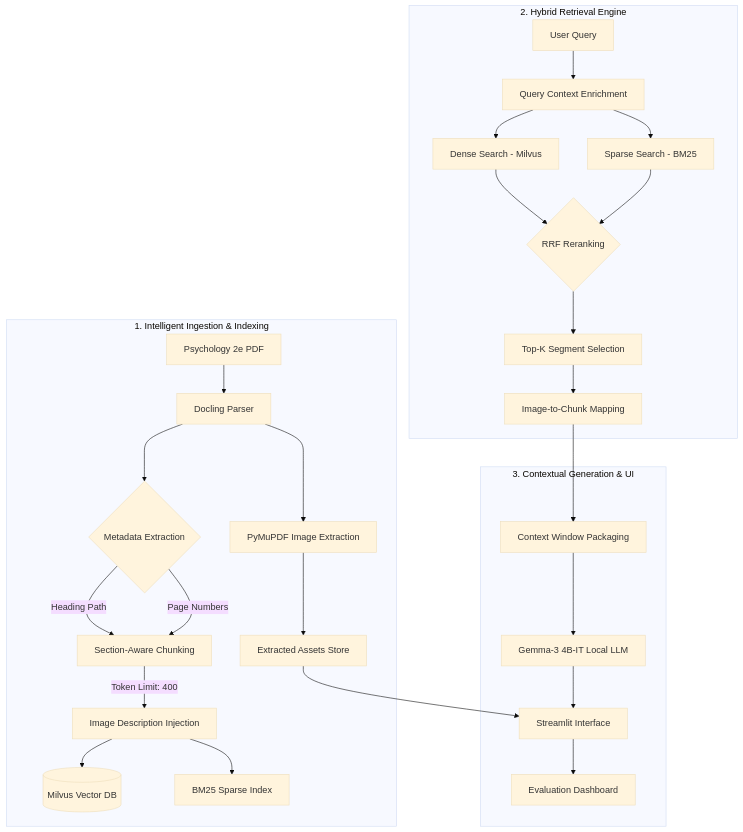
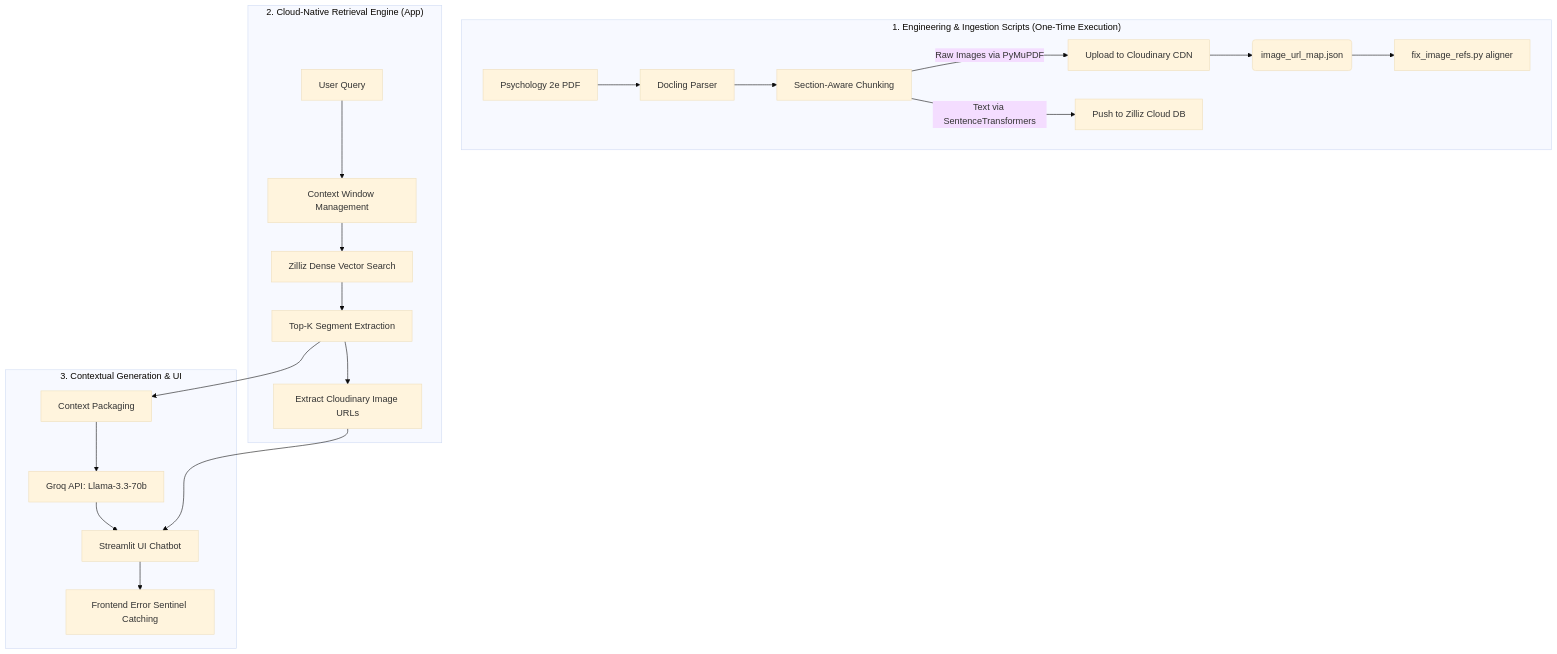
One commit to Omen-bit/WCEHackathon2026_NeuroNauts changed the diagram in README.md. Above: the diagram before and after it, drawn with Mermaid (base theme). The commit also changed other lines of this file, not shown here.

First line of the commit message:
Revise README for cloud-native features and architecture

````diff
--- a/README.md
+++ b/README.md
@@ -52,31 +53,26 @@
 ```mermaid
 graph TD
-    subgraph "1. Intelligent Ingestion & Indexing"
+    subgraph "1. Engineering & Ingestion Scripts (One-Time Execution)"
         A[Psychology 2e PDF] --> B[Docling Parser]
-        B --> C{Metadata Extraction}
-        C -->|Heading Path| D[Section-Aware Chunking]
-        C -->|Page Numbers| D
-        D -->|Token Limit: 400| E[Image Description Injection]
-        E --> F[(Milvus Vector DB)]
-        E --> G[BM25 Sparse Index]
-        B --> H[PyMuPDF Image Extraction]
-        H --> I[Extracted Assets Store]
+        B --> C[Section-Aware Chunking]
+        C -->|Raw Images via PyMuPDF| D[Upload to Cloudinary CDN]
+        C -->|Text via SentenceTransformers| E[Push to Zilliz Cloud DB]
+        D --> F(image_url_map.json)
+        F --> G[fix_image_refs.py aligner]
     end
 
-    subgraph "2. Hybrid Retrieval Engine"
-        J[User Query] --> K[Query Context Enrichment]
-        K --> L[Dense Search - Milvus]
-        K --> M[Sparse Search - BM25]
-        L & M --> N{RRF Reranking}
-        N --> O[Top-K Segment Selection]
-        O --> P[Image-to-Chunk Mapping]
+    subgraph "2. Cloud-Native Retrieval Engine (App)"
+        H[User Query] --> I[Context Window Management]
+        I --> J[Zilliz Dense Vector Search]
+        J --> K[Top-K Segment Extraction]
+        K --> L[Extract Cloudinary Image URLs]
     end
 
     subgraph "3. Contextual Generation & UI"
-        P --> Q[Context Window Packaging]
-        Q --> R[Gemma-3 4B-IT Local LLM]
-        R --> S[Streamlit Interface]
-        I --> S
-        S --> T[Evaluation Dashboard]
+        K --> M[Context Packaging]
+        M --> N[Groq API: Llama-3.3-70b]
+        N --> O[Streamlit UI Chatbot]
+        L --> O
+        O --> P[Frontend Error Sentinel Catching]
     end
 ```
````
